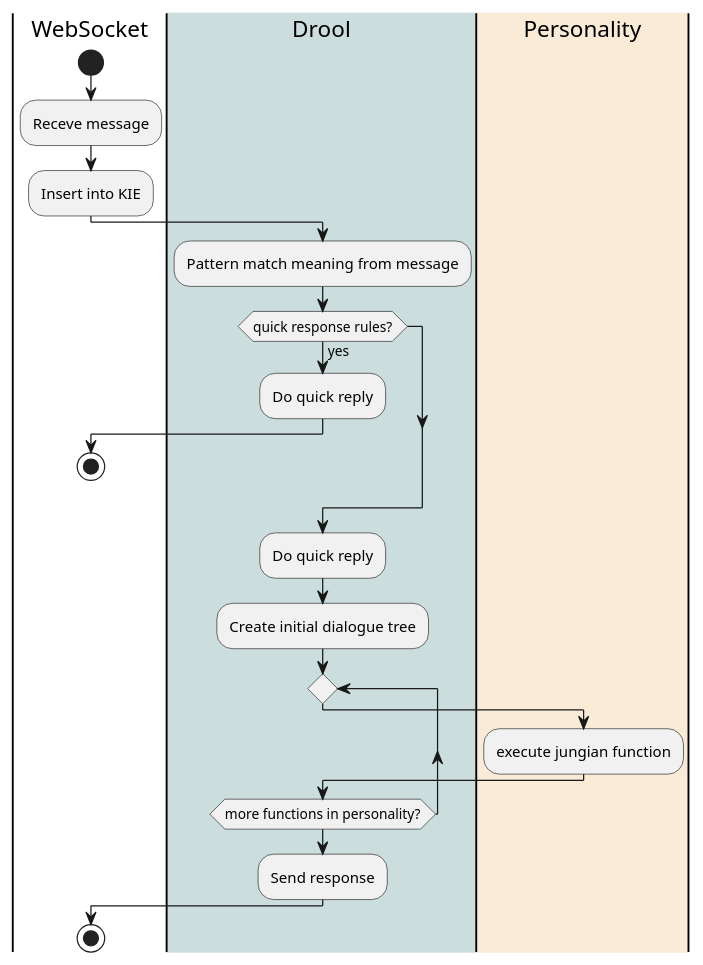
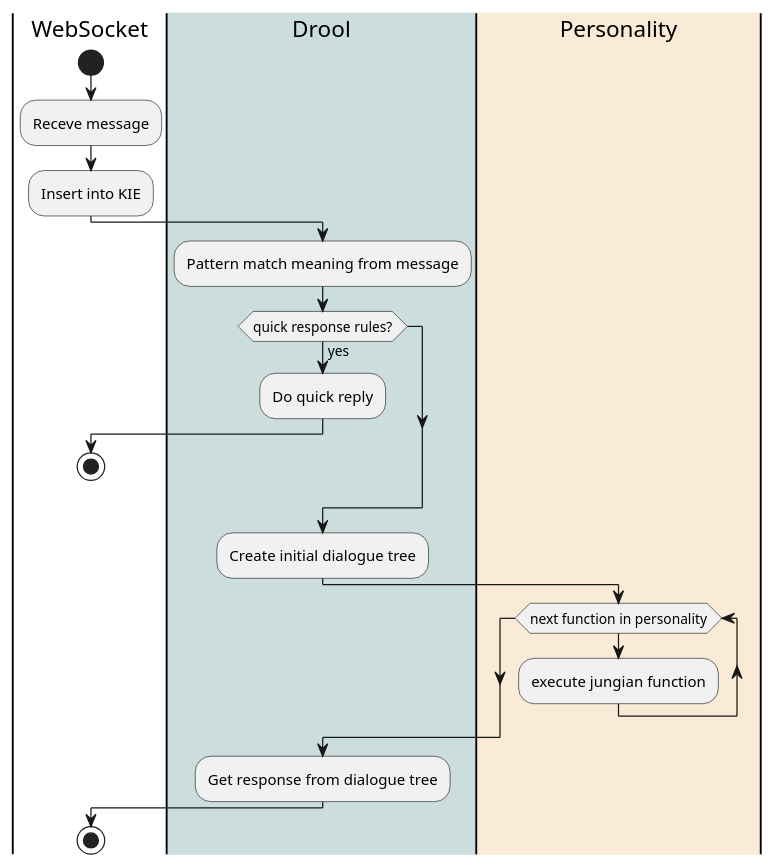
Before and after one commit to jappeace/methods-homework: diagram 11 of 11 in thesis/thesis.org, drawn with PlantUML. The commit also changed other lines of this file, not shown here.

```diff
--- a/thesis/thesis.org
+++ b/thesis/thesis.org
@@ -2899,24 +2901,23 @@
 #+BEGIN_SRC plantuml :cache yes :file img/uml/insert_meaning.png :exports results
 |WebSocket|
 start
 :Receve message;
 :Insert into KIE;
 |#CCDDDD|Drool|
 :Pattern match meaning from message;
 if (quick response rules?) then (yes)
 :Do quick reply;
 |WebSocket|
 stop
 endif
 |#CCDDDD|Drool|
-:Do quick reply;
 :Create initial dialogue tree;
-repeat
 |#AntiqueWhite|Personality|
+while (next function in personality)
 :execute jungian function;
 |#CCDDDD|Drool|
-repeat while (more functions in personality?)
-:Send response;
+endwhile
+:Get response from dialogue tree;
 |WebSocket|
 stop
 #+END_SRC
```
